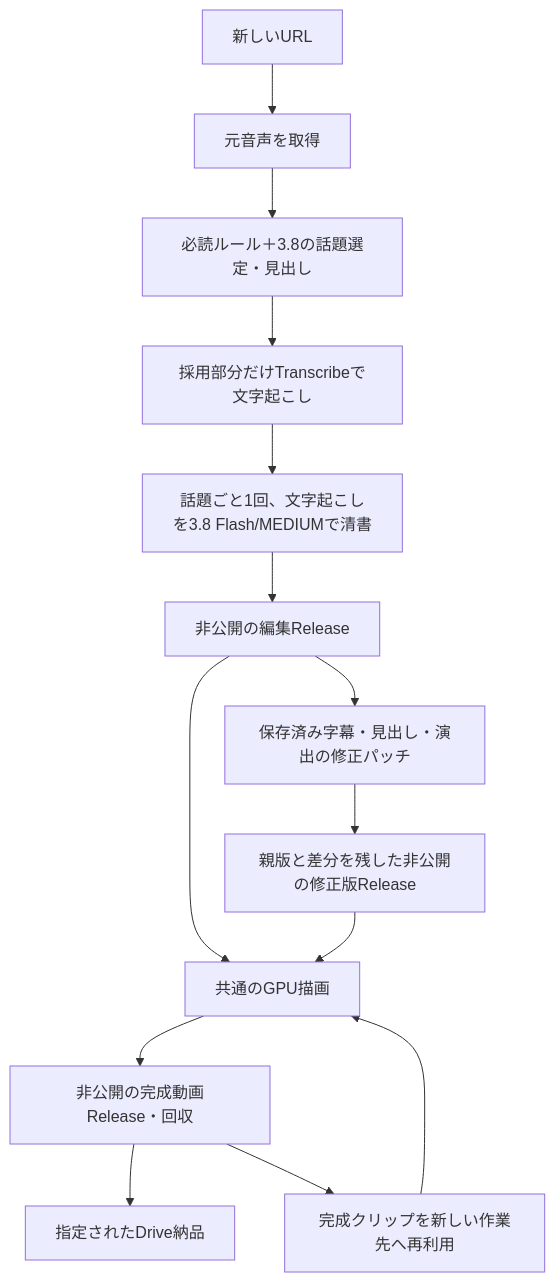
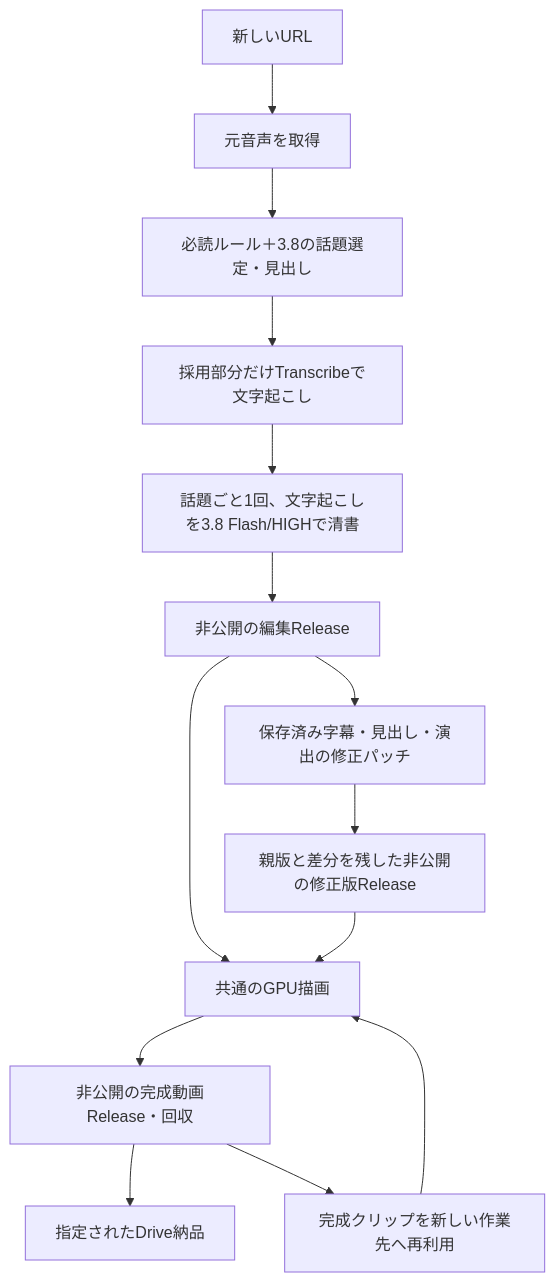
The diagram in docs/PRODUCTION_AND_REVISION.md (nyu1791-collab/ClipForge), drawn with Mermaid before and after one commit. The commit also changed 8 other files, not shown here.

````diff
--- a/docs/PRODUCTION_AND_REVISION.md
+++ b/docs/PRODUCTION_AND_REVISION.md
@@ -11,16 +11,16 @@
 ```mermaid
 flowchart TD
   A[新しいURL] --> B[元音声を取得]
   B --> C[必読ルール＋3.8の話題選定・見出し]
   C --> X[採用部分だけTranscribeで文字起こし]
-  X --> D[話題ごと1回、文字起こしを3.8 Flash/MEDIUMで清書]
+  X --> D[話題ごと1回、文字起こしを3.8 Flash/HIGHで清書]
   D --> E[非公開の編集Release]
   E --> F[共通のGPU描画]
   F --> G[非公開の完成動画Release・回収]
   G --> H[指定されたDrive納品]
   E --> I[保存済み字幕・見出し・演出の修正パッチ]
   I --> J[親版と差分を残した非公開の修正版Release]
   J --> F
   G --> K[完成クリップを新しい作業先へ再利用]
   K --> F
 ```
````
